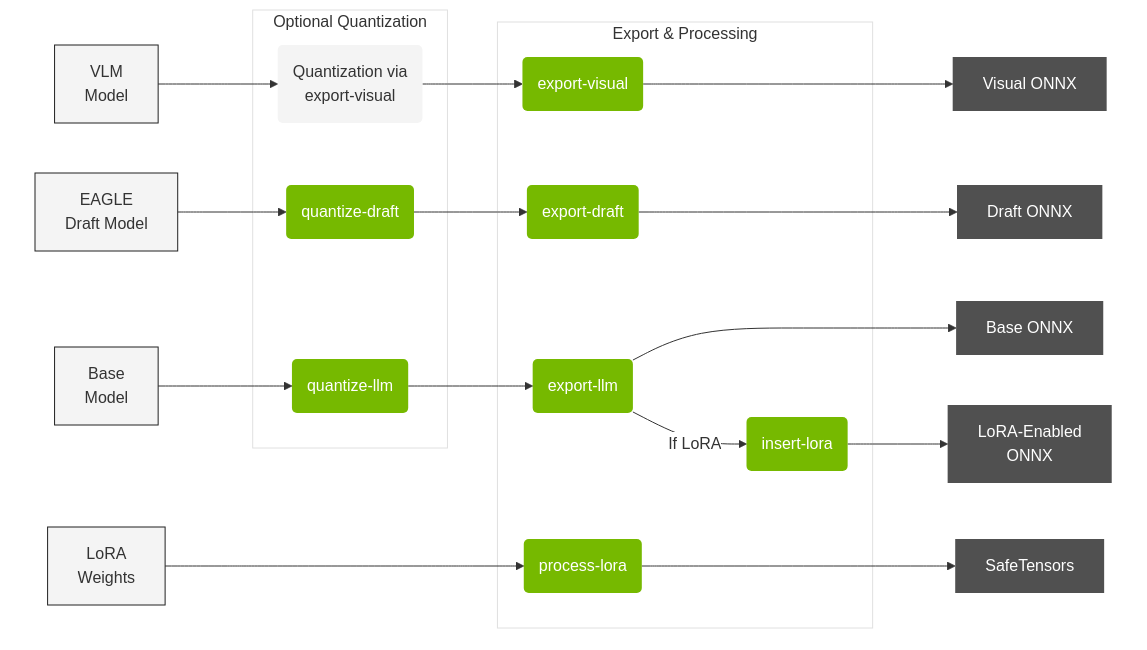
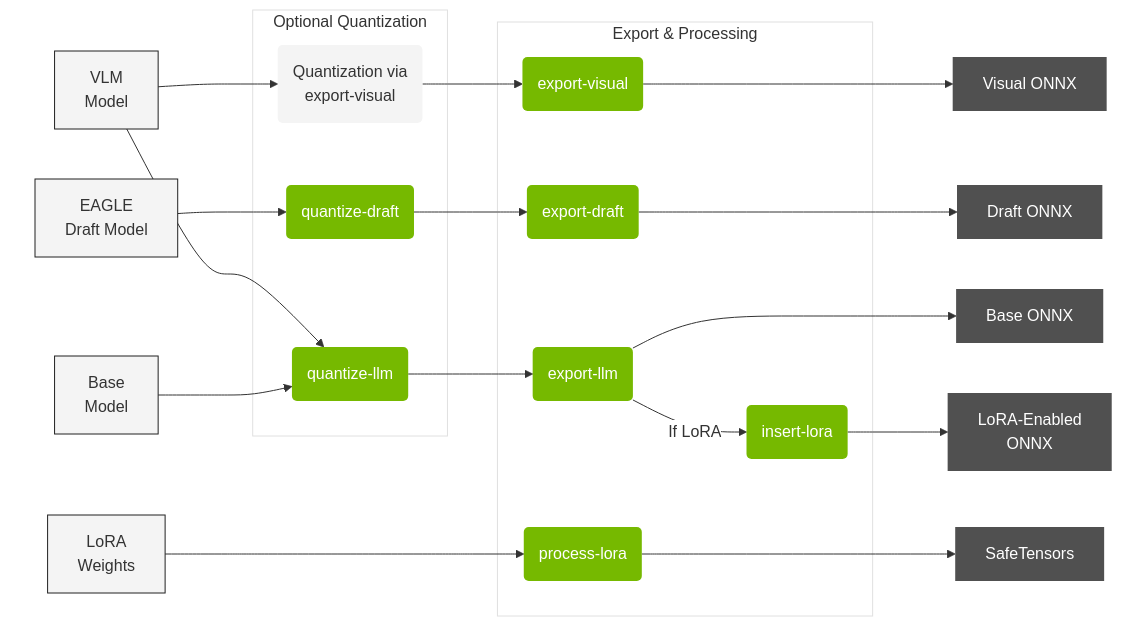
One commit to ConstBob/TensorRT-Edge-LLM changed the third of 3 diagrams in docs/source/developer_guide/03.1_Python_Export_Pipeline.md. Above: the diagram before and after it, drawn with Mermaid. The commit also changed other lines of this file and 7 other files, not shown here.

````diff
--- a/docs/source/developer_guide/03.1_Python_Export_Pipeline.md
+++ b/docs/source/developer_guide/03.1_Python_Export_Pipeline.md
@@ -114,64 +114,65 @@
 ```mermaid
 %%{init: {'themeVariables': {'edgeLabelBackground': 'white'}}}%%
 
 graph LR
     subgraph INPUTS [" "]
         VLM_MODEL[VLM<BR>Model]
         DRAFT_MODEL[EAGLE<BR>Draft Model]
         BASE_MODEL[Base<BR>Model]
         LORA_WEIGHTS[LoRA<BR>Weights]
     end
     
     subgraph QUANT [Optional Quantization]
         QUANTIZE_VISUAL(Quantization via<BR>export-visual)
         QUANTIZE_DRAFT(quantize-draft)
         QUANTIZE_LLM(quantize-llm)
     end
     
     subgraph EXPORT [Export & Processing]
         EXPORT_VISUAL(export-visual)
         EXPORT_DRAFT(export-draft)
         EXPORT_LLM(export-llm)
         INSERT_LORA(insert-lora)
         PROCESS_LORA(process-lora)
     end
     
     subgraph RESULTS [" "]
         VISUAL_ONNX[Visual ONNX]
         DRAFT_ONNX[Draft ONNX]
         LLM_ONNX[Base ONNX]
         LORA_ONNX[LoRA-Enabled<br>ONNX]
         SAFETENSORS[SafeTensors]
     end
     
     VLM_MODEL --> QUANTIZE_VISUAL
+    VLM_MODEL --> QUANTIZE_LLM
     QUANTIZE_VISUAL --> EXPORT_VISUAL
     EXPORT_VISUAL --> VISUAL_ONNX
     
     DRAFT_MODEL --> QUANTIZE_DRAFT
     QUANTIZE_DRAFT --> EXPORT_DRAFT
     EXPORT_DRAFT --> DRAFT_ONNX
     
     BASE_MODEL --> QUANTIZE_LLM
     QUANTIZE_LLM --> EXPORT_LLM
     EXPORT_LLM --> LLM_ONNX
     EXPORT_LLM -->|If LoRA| INSERT_LORA
     INSERT_LORA --> LORA_ONNX
     
     LORA_WEIGHTS --> PROCESS_LORA
     PROCESS_LORA --> SAFETENSORS
 
     classDef nvNode fill:#76B900, stroke-width:0px, color:#ffffff
     classDef darkNode fill:#505050, stroke-width:0px, color:#ffffff
     classDef inputNode fill:#f4f4f4, stroke: #202020
     classDef lightSubGraph fill:#ffffff, stroke:#e0e0e0
     classDef greyNode fill:#f4f4f4, stroke-width:0px
     classDef contextBox fill:#ffffff, stroke:transparent
 
     class VLM_MODEL,DRAFT_MODEL,BASE_MODEL,LORA_WEIGHTS inputNode
     class VISUAL_ONNX,DRAFT_ONNX,LLM_ONNX,LORA_ONNX,SAFETENSORS darkNode
     class EXPORT_LLM,EXPORT_VISUAL,EXPORT_DRAFT,INSERT_LORA,PROCESS_LORA,QUANTIZE_DRAFT,QUANTIZE_LLM nvNode
     class QUANTIZE_VISUAL greyNode
     class QUANT,EXPORT lightSubGraph
     class INPUTS,RESULTS contextBox
 ```
````
